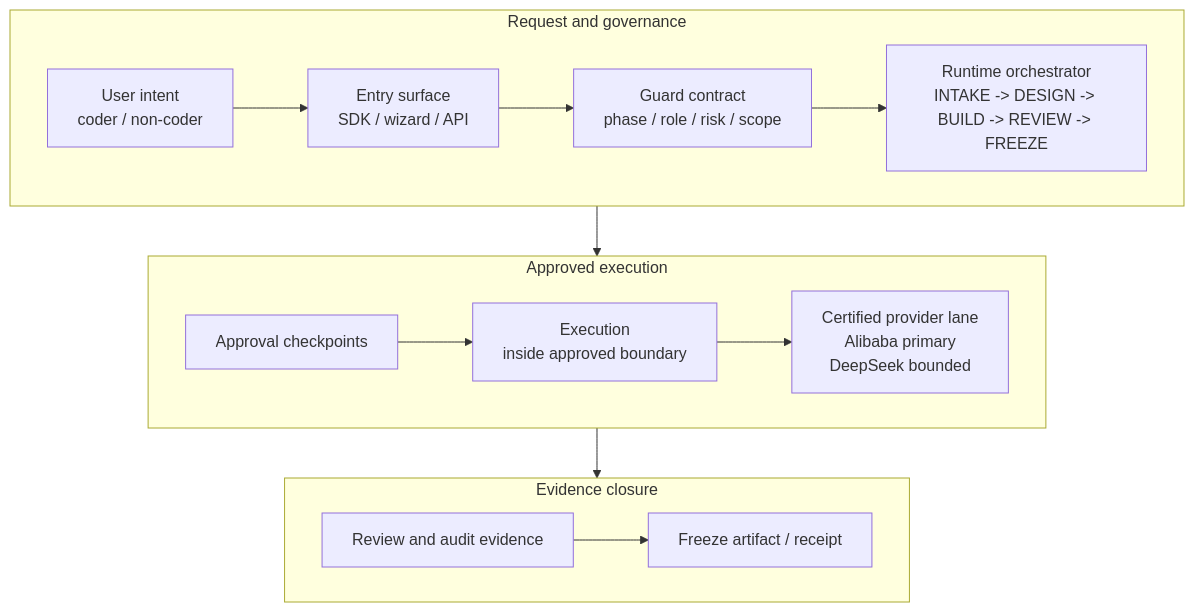
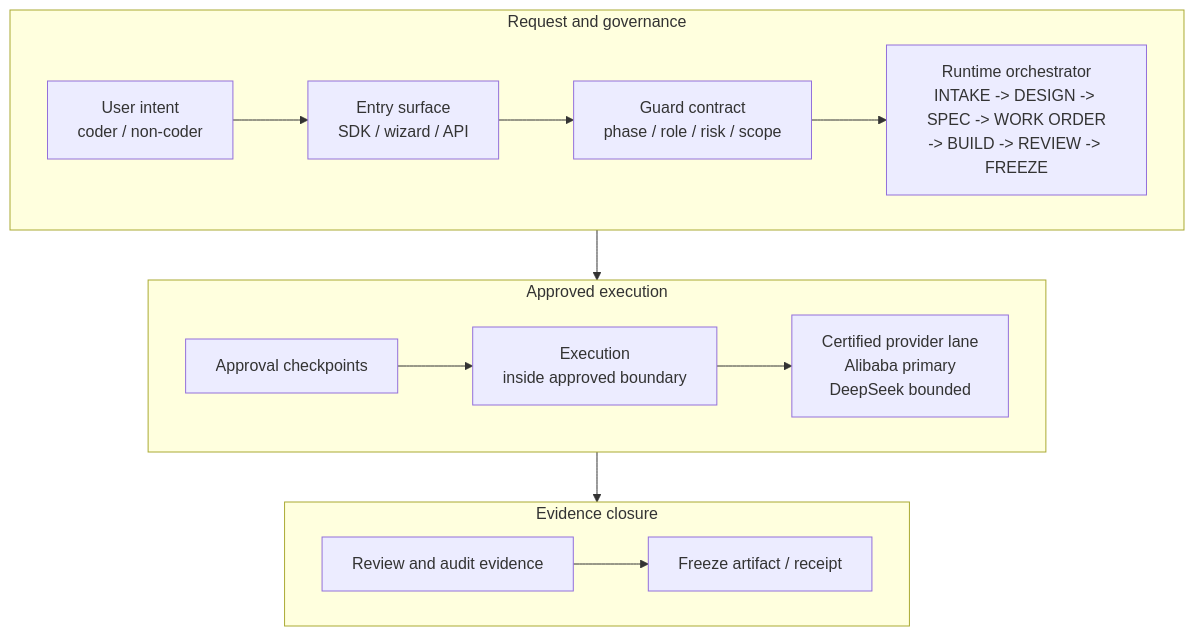
One commit to Blackbird081/Controlled-Vibe-Framework-CVF changed the third of 5 diagrams in ARCHITECTURE.md. Above: the diagram before and after it, drawn with Mermaid. The commit also changed other lines of this file and 3 other files, not shown here.

````diff
--- a/ARCHITECTURE.md
+++ b/ARCHITECTURE.md
@@ -129,32 +129,32 @@
 ```mermaid
 flowchart TB
     subgraph REQUEST["Request and governance"]
         direction LR
         INTENT["User intent<br/>coder / non-coder"]
         ENTRY["Entry surface<br/>SDK / wizard / API"]
         GUARDS["Guard contract<br/>phase / role / risk / scope"]
-        ORCH["Runtime orchestrator<br/>INTAKE -> DESIGN -> BUILD -> REVIEW -> FREEZE"]
+        ORCH["Runtime orchestrator<br/>INTAKE -> DESIGN -> SPEC -> WORK ORDER<br/>-> BUILD -> REVIEW -> FREEZE"]
     end
 
     subgraph RUN["Approved execution"]
         direction LR
         APPROVAL["Approval checkpoints"]
         EXEC["Execution<br/>inside approved boundary"]
         PROVIDER["Certified provider lane<br/>Alibaba primary<br/>DeepSeek bounded"]
     end
 
     subgraph CLOSE["Evidence closure"]
         direction LR
         REVIEW["Review and audit evidence"]
         FREEZE["Freeze artifact / receipt"]
     end
 
     INTENT --> ENTRY
     ENTRY --> GUARDS
     GUARDS --> ORCH
     ORCH --> APPROVAL
     APPROVAL --> EXEC
     EXEC --> PROVIDER
     PROVIDER --> REVIEW
     REVIEW --> FREEZE
 ```
````
